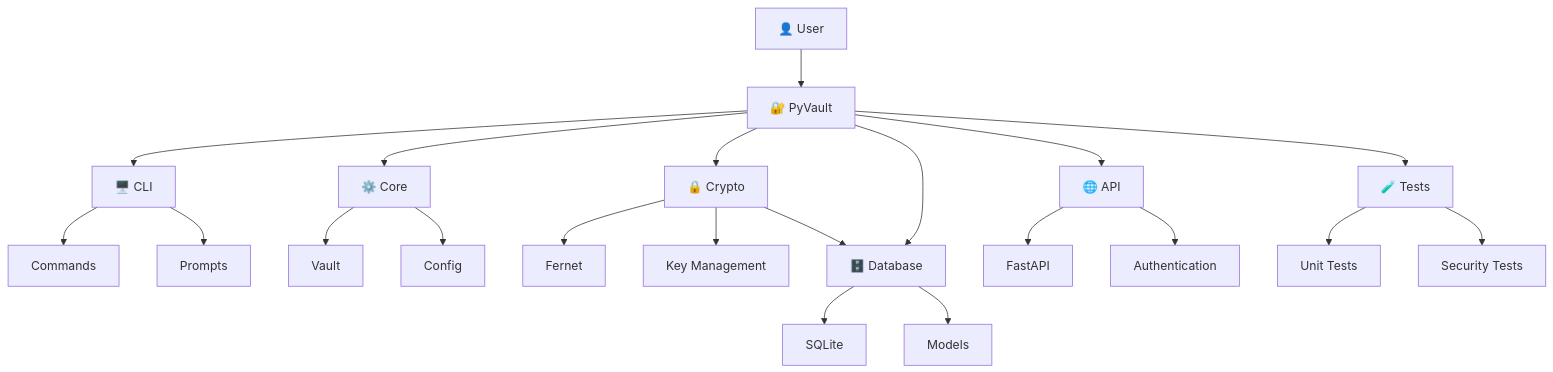
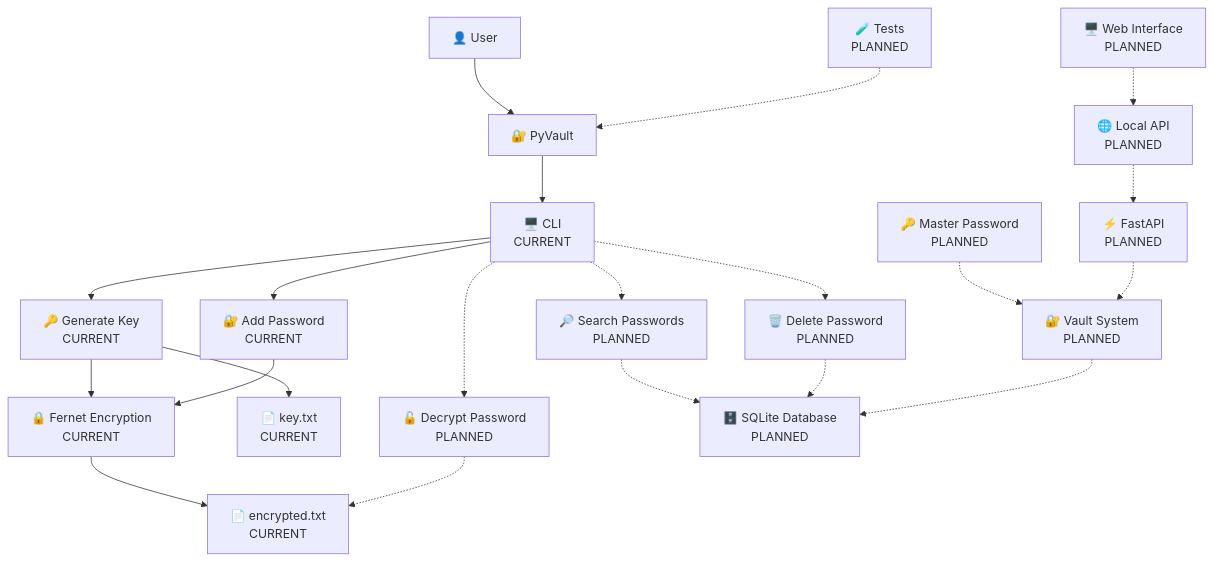
Before and after one commit to KirobotDev/PyVault: the diagram in README.md, drawn with Mermaid. The commit also changed other lines of this file, not shown here.

````diff
--- a/README.md
+++ b/README.md
@@ -70,60 +57,61 @@
 ```mermaid
 flowchart TD
     User["👤 User"]
 
     PyVault["🔐 PyVault"]
 
-    CLI["🖥️ CLI"]
-    Core["⚙️ Core"]
-    Crypto["🔒 Crypto"]
-    Database["🗄️ Database"]
-    API["🌐 API"]
-    Tests["🧪 Tests"]
+    CLI["🖥️ CLI<br/>CURRENT"]
 
-    Commands["Commands"]
-    Prompts["Prompts"]
+    GenerateKey["🔑 Generate Key<br/>CURRENT"]
+    AddPassword["🔐 Add Password<br/>CURRENT"]
 
-    Vault["Vault"]
-    Config["Config"]
+    Fernet["🔒 Fernet Encryption<br/>CURRENT"]
+    KeyFile["📄 key.txt<br/>CURRENT"]
+    EncryptedFile["📄 encrypted.txt<br/>CURRENT"]
 
-    Fernet["Fernet"]
-    KeyManagement["Key Management"]
+    Decrypt["🔓 Decrypt Password<br/>PLANNED"]
+    Search["🔎 Search Passwords<br/>PLANNED"]
+    Delete["🗑️ Delete Password<br/>PLANNED"]
 
-    SQLite["SQLite"]
-    Models["Models"]
+    MasterPassword["🔑 Master Password<br/>PLANNED"]
+    Vault["🔐 Vault System<br/>PLANNED"]
+    SQLite["🗄️ SQLite Database<br/>PLANNED"]
 
-    FastAPI["FastAPI"]
-    Auth["Authentication"]
+    API["🌐 Local API<br/>PLANNED"]
+    FastAPI["⚡ FastAPI<br/>PLANNED"]
 
-    UnitTests["Unit Tests"]
-    SecurityTests["Security Tests"]
+    Web["🖥️ Web Interface<br/>PLANNED"]
+
+    Tests["🧪 Tests<br/>PLANNED"]
 
     User --> PyVault
 
     PyVault --> CLI
-    PyVault --> Core
-    PyVault --> Crypto
-    PyVault --> Database
-    PyVault --> API
-    PyVault --> Tests
 
-    CLI --> Commands
-    CLI --> Prompts
+    CLI --> GenerateKey
+    CLI --> AddPassword
 
-    Core --> Vault
-    Core --> Config
+    GenerateKey --> Fernet
+    GenerateKey --> KeyFile
 
-    Crypto --> Fernet
-    Crypto --> KeyManagement
+    AddPassword --> Fernet
+    Fernet --> EncryptedFile
 
-    Database --> SQLite
-    Database --> Models
+    CLI -.-> Decrypt
+    CLI -.-> Search
+    CLI -.-> Delete
 
-    API --> FastAPI
-    API --> Auth
+    Decrypt -.-> EncryptedFile
+    Search -.-> SQLite
+    Delete -.-> SQLite
 
-    Tests --> UnitTests
-    Tests --> SecurityTests
+    MasterPassword -.-> Vault
+    Vault -.-> SQLite
 
-    Crypto --> Database
+    API -.-> FastAPI
+    FastAPI -.-> Vault
+
+    Web -.-> API
+
+    Tests -.-> PyVault
 ```
````
